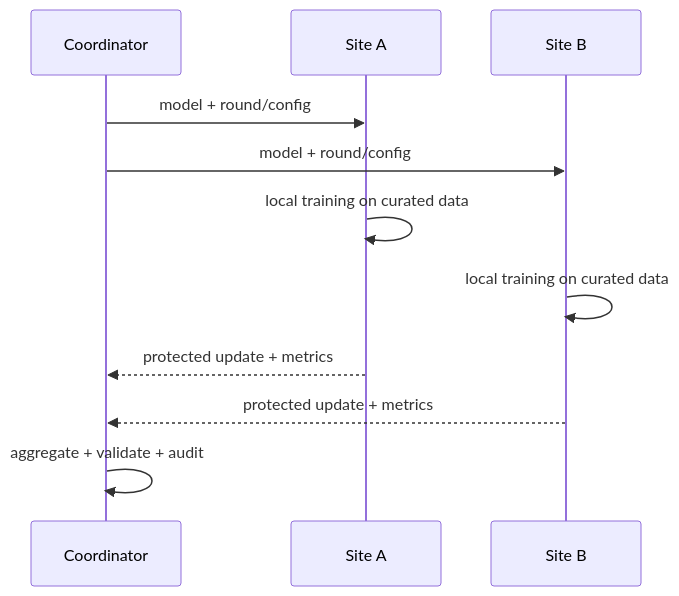
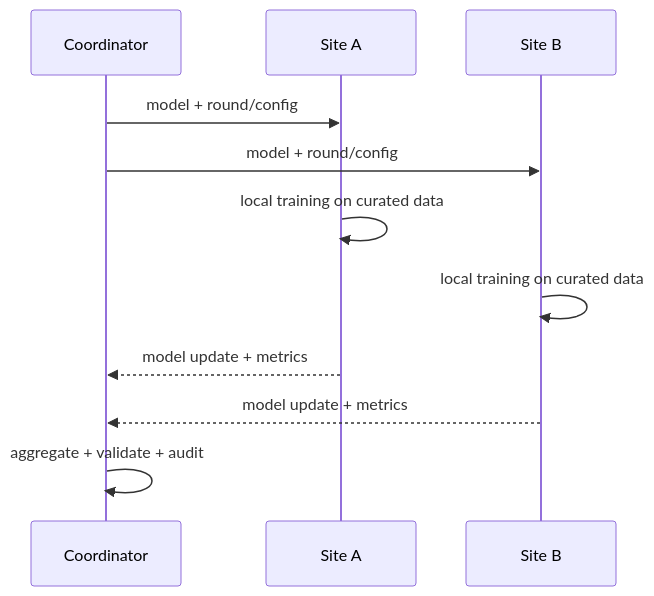
The diagram in chemistry-foundations/docs/22-whitepaper-tokovi-fl.md (nemper/crystallography-and-ml-theory), drawn with Mermaid before and after one commit.

Commit message:
Correct the FedAvg update label

````diff
--- a/chemistry-foundations/docs/22-whitepaper-tokovi-fl.md
+++ b/chemistry-foundations/docs/22-whitepaper-tokovi-fl.md
@@ -77,13 +77,13 @@
 ```mermaid
 sequenceDiagram
     participant C as Coordinator
     participant A as Site A
     participant B as Site B
     C->>A: model + round/config
     C->>B: model + round/config
     A->>A: local training on curated data
     B->>B: local training on curated data
-    A-->>C: protected update + metrics
-    B-->>C: protected update + metrics
+    A-->>C: model update + metrics
+    B-->>C: model update + metrics
     C->>C: aggregate + validate + audit
 ```
````
